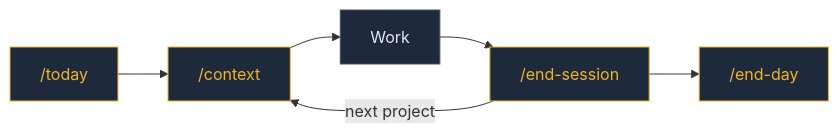
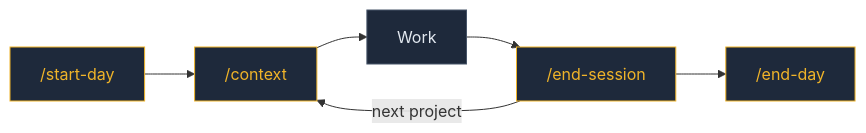
The first of 2 diagrams in docs/command-workflow.md (areyouwhy/second-brain), drawn with Mermaid before and after one commit. The commit also changed other lines of this file and 10 other files, not shown here.

First line of the commit message:
Replace /today with /start-day, narrative daily notes, scaffold docs

````diff
--- a/docs/command-workflow.md
+++ b/docs/command-workflow.md
@@ -7,11 +7,11 @@
 ```mermaid
 flowchart LR
-    T["/today"] --> C["/context"] --> W["Work"] --> E["/end-session"]
+    T["/start-day"] --> C["/context"] --> W["Work"] --> E["/end-session"]
     E -->|next project| C
     E --> D["/end-day"]
     style T fill:#1e293b,color:#f0b429,stroke:#f0b429
     style C fill:#1e293b,color:#f0b429,stroke:#f0b429
     style E fill:#1e293b,color:#f0b429,stroke:#f0b429
     style D fill:#1e293b,color:#f0b429,stroke:#f0b429
     style W fill:#1e293b,color:#e2e8f0,stroke:#475569
 ```
````
